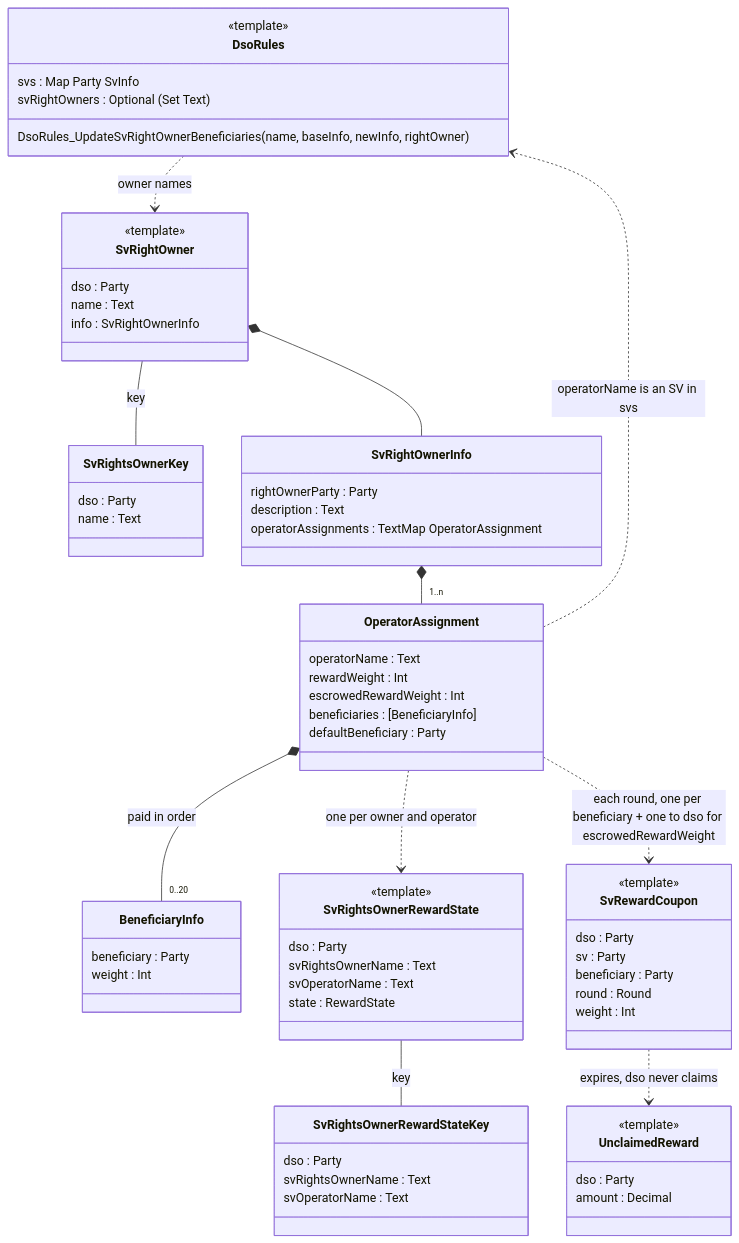
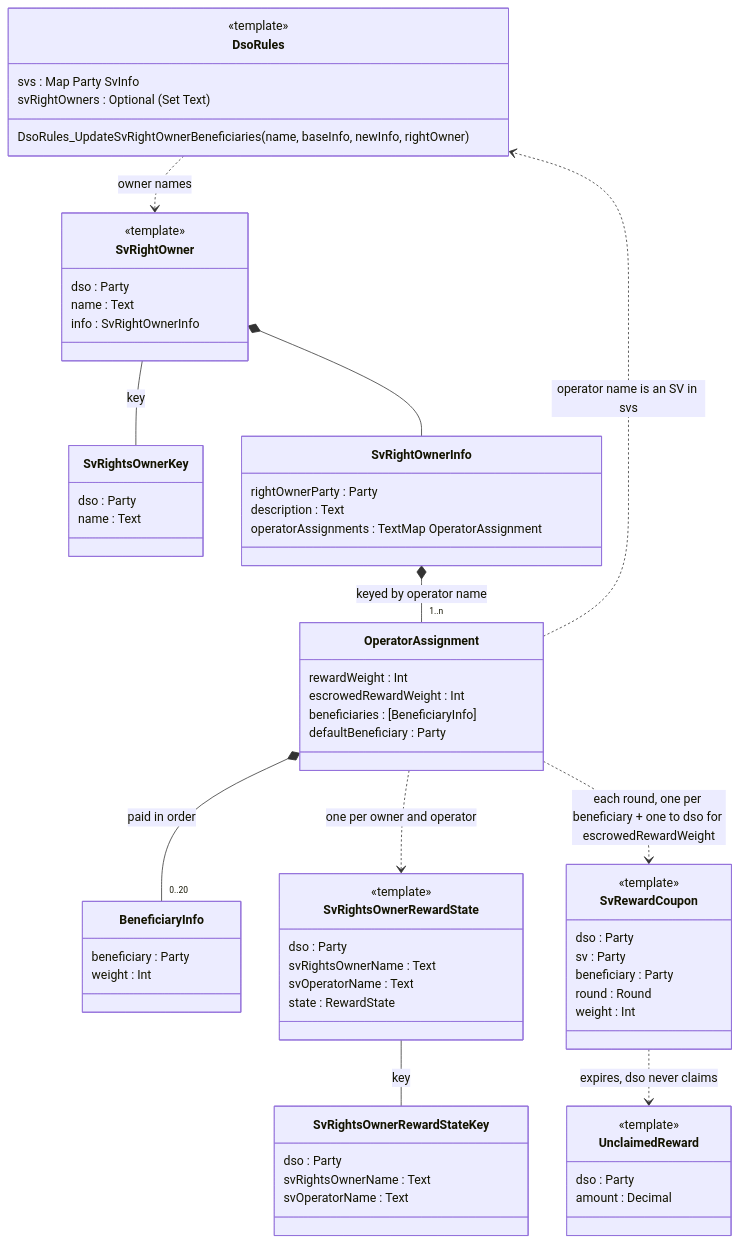
The first of 2 diagrams in SV_RIGHTS_OWNERS_POC.md (canton-network/splice), drawn with Mermaid before and after one commit. The commit also changed other lines of this file and 1 other file, not shown here.

Commit message:
refactor(sv-weights): key operator assignments by operator name

````diff
--- a/SV_RIGHTS_OWNERS_POC.md
+++ b/SV_RIGHTS_OWNERS_POC.md
@@ -3,71 +3,70 @@
 ```mermaid
 classDiagram
     direction TB
     class DsoRules {
         <<template>>
         svs : Map Party SvInfo
         svRightOwners : Optional #40;Set Text#41;
         DsoRules_UpdateSvRightOwnerBeneficiaries(name, baseInfo, newInfo, rightOwner)
     }
     class SvRightOwner {
         <<template>>
         dso : Party
         name : Text
         info : SvRightOwnerInfo
     }
     class SvRightsOwnerKey {
         dso : Party
         name : Text
     }
     class SvRightOwnerInfo {
         rightOwnerParty : Party
         description : Text
         operatorAssignments : TextMap OperatorAssignment
     }
     class OperatorAssignment {
-        operatorName : Text
         rewardWeight : Int
         escrowedRewardWeight : Int
         beneficiaries : [BeneficiaryInfo]
         defaultBeneficiary : Party
     }
     class BeneficiaryInfo {
         beneficiary : Party
         weight : Int
     }
     class SvRewardCoupon {
         <<template>>
         dso : Party
         sv : Party
         beneficiary : Party
         round : Round
         weight : Int
     }
     class UnclaimedReward {
         <<template>>
         dso : Party
         amount : Decimal
     }
     class SvRightsOwnerRewardState {
         <<template>>
         dso : Party
         svRightsOwnerName : Text
         svOperatorName : Text
         state : RewardState
     }
     class SvRightsOwnerRewardStateKey {
         dso : Party
         svRightsOwnerName : Text
         svOperatorName : Text
     }
     DsoRules ..> SvRightOwner : owner names
     SvRightOwner -- SvRightsOwnerKey : key
     SvRightOwner *-- SvRightOwnerInfo
-    SvRightOwnerInfo *-- "1..n" OperatorAssignment
+    SvRightOwnerInfo *-- "1..n" OperatorAssignment : keyed by operator name
     OperatorAssignment *-- "0..20" BeneficiaryInfo : paid in order
-    OperatorAssignment ..> DsoRules : operatorName is an SV in svs
+    OperatorAssignment ..> DsoRules : operator name is an SV in svs
     OperatorAssignment ..> SvRightsOwnerRewardState : one per owner and operator
     SvRightsOwnerRewardState -- SvRightsOwnerRewardStateKey : key
     OperatorAssignment ..> SvRewardCoupon : each round, one per beneficiary + one to dso for escrowedRewardWeight
     SvRewardCoupon ..> UnclaimedReward : expires, dso never claims
 ```
````
